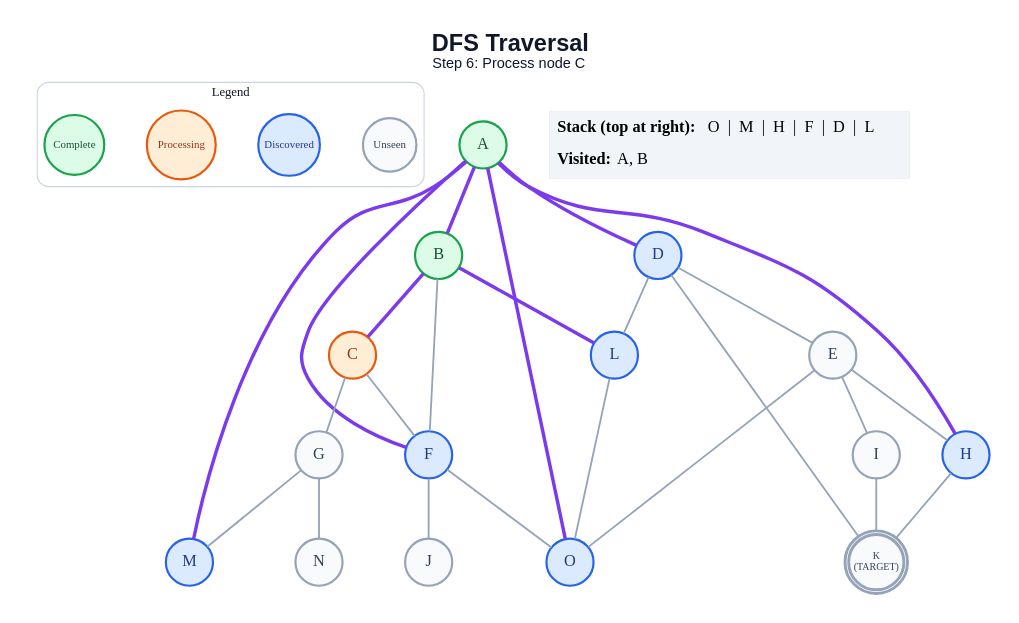
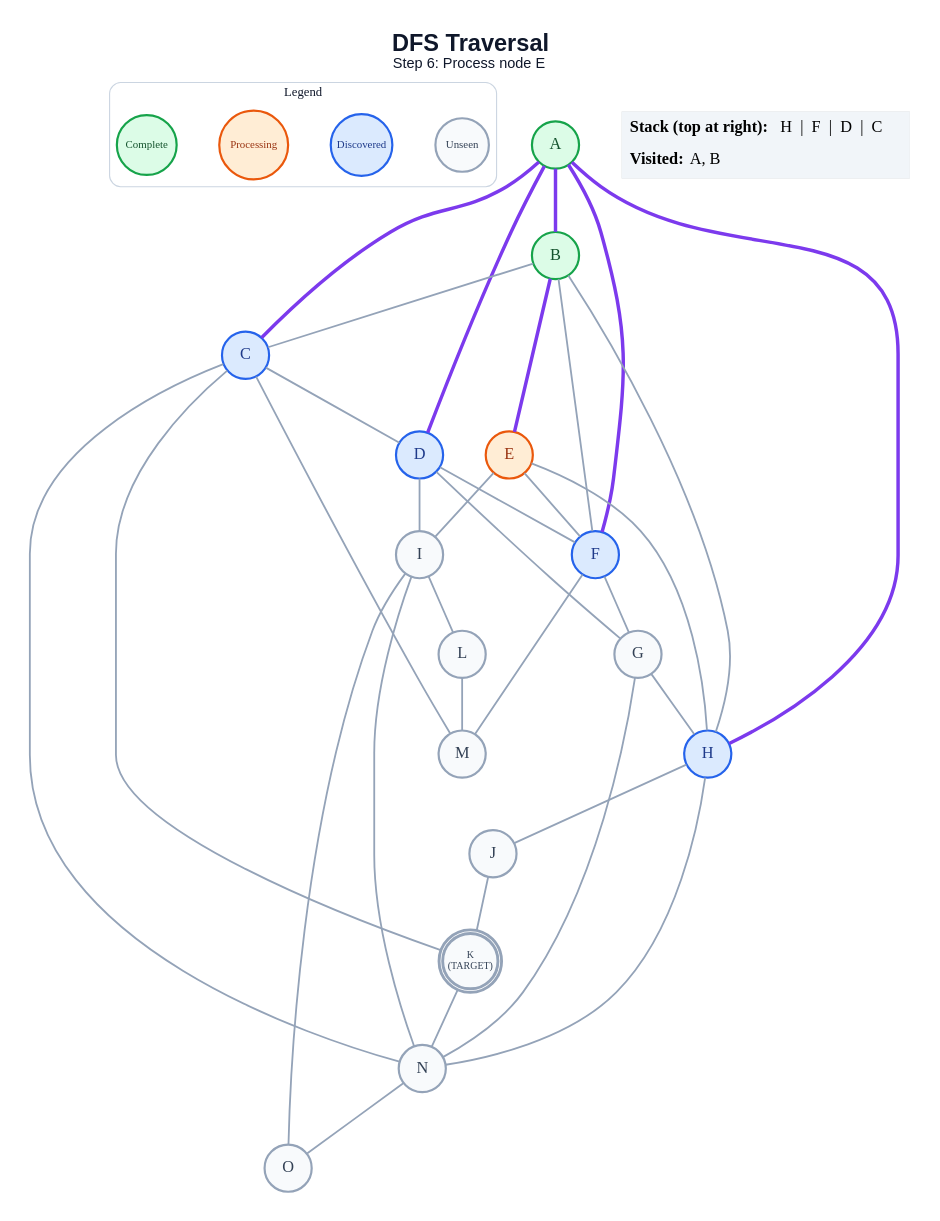
The diagram in generated/dfs/step_06.dot (anon7238593-create/ai-slop), drawn with Graphviz before and after one commit. The commit also changed 249 other files, not shown here.

```diff
--- a/generated/dfs/step_06.dot
+++ b/generated/dfs/step_06.dot
@@ -1,58 +1,66 @@
 graph traversal {
   graph [layout=dot, rankdir=TB, bgcolor="#FFFFFF", pad="0.35", nodesep="0.65", ranksep="0.8", fontname="Arial"];
   node [shape=circle, style="filled", fontname="Arial Bold", fontsize=18, width=0.72, fixedsize=true, penwidth=2.4];
   edge [color="#94A3B8", penwidth=2.0];
-  label=<<B>DFS Traversal</B><BR/><FONT POINT-SIZE="16">Step 6: Process node C</FONT>>; labelloc="t"; fontsize=26; fontname="Arial"; fontcolor="#0F172A";
+  label=<<B>DFS Traversal</B><BR/><FONT POINT-SIZE="16">Step 6: Process node E</FONT>>; labelloc="t"; fontsize=26; fontname="Arial"; fontcolor="#0F172A";
   subgraph cluster_legend { label="Legend"; color="#CBD5E1"; penwidth=1.2; style="rounded"; fontsize=14; fontname="Arial Bold";
     key_unseen [label="Unseen", fillcolor="#F8FAFC", color="#94A3B8", fontcolor="#334155", fontsize=12, width=0.82];
     key_frontier [label="Discovered", fillcolor="#DBEAFE", color="#2563EB", fontcolor="#1E3A8A", fontsize=12, width=0.95];
     key_current [label="Processing", fillcolor="#FFEDD5", color="#EA580C", fontcolor="#9A3412", fontsize=12, width=1.05];
     key_done [label="Complete", fillcolor="#DCFCE7", color="#16A34A", fontcolor="#14532D", fontsize=12, width=0.92];
     { rank=same; key_unseen; key_frontier; key_current; key_done; }
   }
   A [label="A", fillcolor="#DCFCE7", color="#16A34A", fontcolor="#14532D", peripheries=1, penwidth=2.4];
   B [label="B", fillcolor="#DCFCE7", color="#16A34A", fontcolor="#14532D", peripheries=1, penwidth=2.4];
-  C [label="C", fillcolor="#FFEDD5", color="#EA580C", fontcolor="#9A3412", peripheries=1, penwidth=2.4];
+  C [label="C", fillcolor="#DBEAFE", color="#2563EB", fontcolor="#1E3A8A", peripheries=1, penwidth=2.4];
   D [label="D", fillcolor="#DBEAFE", color="#2563EB", fontcolor="#1E3A8A", peripheries=1, penwidth=2.4];
-  E [label="E", fillcolor="#F8FAFC", color="#94A3B8", fontcolor="#334155", peripheries=1, penwidth=2.4];
+  E [label="E", fillcolor="#FFEDD5", color="#EA580C", fontcolor="#9A3412", peripheries=1, penwidth=2.4];
   F [label="F", fillcolor="#DBEAFE", color="#2563EB", fontcolor="#1E3A8A", peripheries=1, penwidth=2.4];
   G [label="G", fillcolor="#F8FAFC", color="#94A3B8", fontcolor="#334155", peripheries=1, penwidth=2.4];
   H [label="H", fillcolor="#DBEAFE", color="#2563EB", fontcolor="#1E3A8A", peripheries=1, penwidth=2.4];
   I [label="I", fillcolor="#F8FAFC", color="#94A3B8", fontcolor="#334155", peripheries=1, penwidth=2.4];
   J [label="J", fillcolor="#F8FAFC", color="#94A3B8", fontcolor="#334155", peripheries=1, penwidth=2.4];
   K [label="K\n(TARGET)", fillcolor="#F8FAFC", color="#94A3B8", fontcolor="#334155", peripheries=2, penwidth=3.2, fontsize=11, width=0.85, height=0.85];
-  L [label="L", fillcolor="#DBEAFE", color="#2563EB", fontcolor="#1E3A8A", peripheries=1, penwidth=2.4];
-  M [label="M", fillcolor="#DBEAFE", color="#2563EB", fontcolor="#1E3A8A", peripheries=1, penwidth=2.4];
+  L [label="L", fillcolor="#F8FAFC", color="#94A3B8", fontcolor="#334155", peripheries=1, penwidth=2.4];
+  M [label="M", fillcolor="#F8FAFC", color="#94A3B8", fontcolor="#334155", peripheries=1, penwidth=2.4];
   N [label="N", fillcolor="#F8FAFC", color="#94A3B8", fontcolor="#334155", peripheries=1, penwidth=2.4];
-  O [label="O", fillcolor="#DBEAFE", color="#2563EB", fontcolor="#1E3A8A", peripheries=1, penwidth=2.4];
+  O [label="O", fillcolor="#F8FAFC", color="#94A3B8", fontcolor="#334155", peripheries=1, penwidth=2.4];
   A -- B [color="#7C3AED", penwidth=3.8];
+  A -- C [color="#7C3AED", penwidth=3.8];
   A -- D [color="#7C3AED", penwidth=3.8];
   A -- F [color="#7C3AED", penwidth=3.8];
   A -- H [color="#7C3AED", penwidth=3.8];
-  A -- M [color="#7C3AED", penwidth=3.8];
-  A -- O [color="#7C3AED", penwidth=3.8];
-  B -- C [color="#7C3AED", penwidth=3.8];
+  B -- C;
+  B -- E [color="#7C3AED", penwidth=3.8];
   B -- F;
-  B -- L [color="#7C3AED", penwidth=3.8];
-  C -- F;
-  C -- G;
-  D -- E;
-  D -- K;
-  D -- L;
+  B -- H;
+  C -- D;
+  C -- K;
+  C -- M;
+  C -- N;
+  D -- F;
+  D -- G;
+  D -- I;
+  E -- F;
   E -- H;
   E -- I;
-  E -- O;
-  F -- J;
-  F -- O;
-  G -- M;
+  F -- G;
+  F -- M;
+  G -- H;
   G -- N;
-  H -- K;
-  I -- K;
-  L -- O;
+  H -- J;
+  H -- N;
+  I -- L;
+  I -- N;
+  I -- O;
+  J -- K;
+  K -- N;
+  L -- M;
+  N -- O;
   status [shape=plain, fixedsize=false, width=0, height=0, margin=0, label=<
     <TABLE BORDER="0" CELLBORDER="0" CELLPADDING="7" BGCOLOR="#F1F5F9">
-      <TR><TD ALIGN="LEFT"><B>Stack (top at right):</B> O  |  M  |  H  |  F  |  D  |  L</TD></TR>
+      <TR><TD ALIGN="LEFT"><B>Stack (top at right):</B> H  |  F  |  D  |  C</TD></TR>
       <TR><TD ALIGN="LEFT"><B>Visited:</B> A, B</TD></TR>
     </TABLE>
   >];
 }
```
